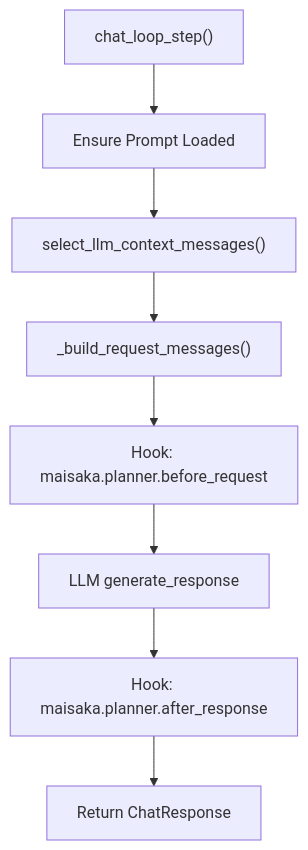
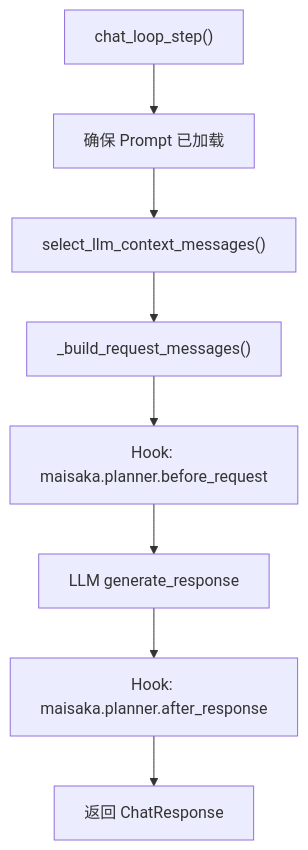
Before and after one commit to DrSmoothl/docs: the seventh of 9 diagrams in en/develop/architecture/maisaka-reasoning.md, drawn with Mermaid. The commit also changed other lines of this file and 50 other files, not shown here.

````diff
--- a/en/develop/architecture/maisaka-reasoning.md
+++ b/en/develop/architecture/maisaka-reasoning.md
@@ -291,10 +289,10 @@
 ```mermaid
 flowchart TD
-    A["chat_loop_step()"] --> B["Ensure Prompt Loaded"]
+    A["chat_loop_step()"] --> B["确保 Prompt 已加载"]
     B --> C["select_llm_context_messages()"]
     C --> D["_build_request_messages()"]
     D --> E["Hook: maisaka.planner.before_request"]
     E --> F["LLM generate_response"]
     F --> G["Hook: maisaka.planner.after_response"]
-    G --> H["Return ChatResponse"]
+    G --> H["返回 ChatResponse"]
 ```
````
